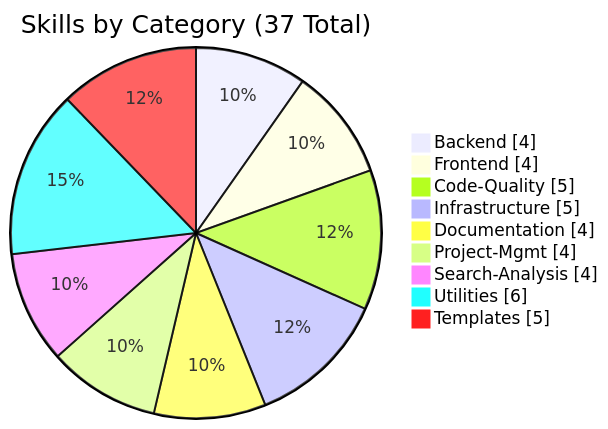
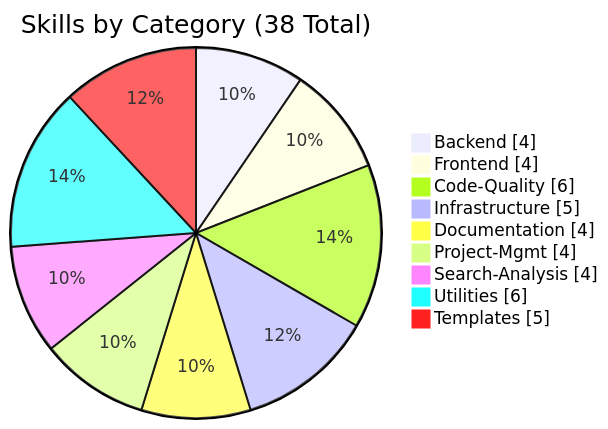
One commit to supercent-io/skills-template changed the third of 6 diagrams in README.md. Above: the diagram before and after it, drawn with Mermaid. The commit also changed other lines of this file and 3 other files, not shown here.

````diff
--- a/README.md
+++ b/README.md
@@ -130,13 +130,13 @@
 ```mermaid
 pie showData
-    title Skills by Category (37 Total)
+    title Skills by Category (38 Total)
     "Backend" : 4
     "Frontend" : 4
-    "Code-Quality" : 5
+    "Code-Quality" : 6
     "Infrastructure" : 5
     "Documentation" : 4
     "Project-Mgmt" : 4
     "Search-Analysis" : 4
     "Utilities" : 6
     "Templates" : 5
 ```
````
